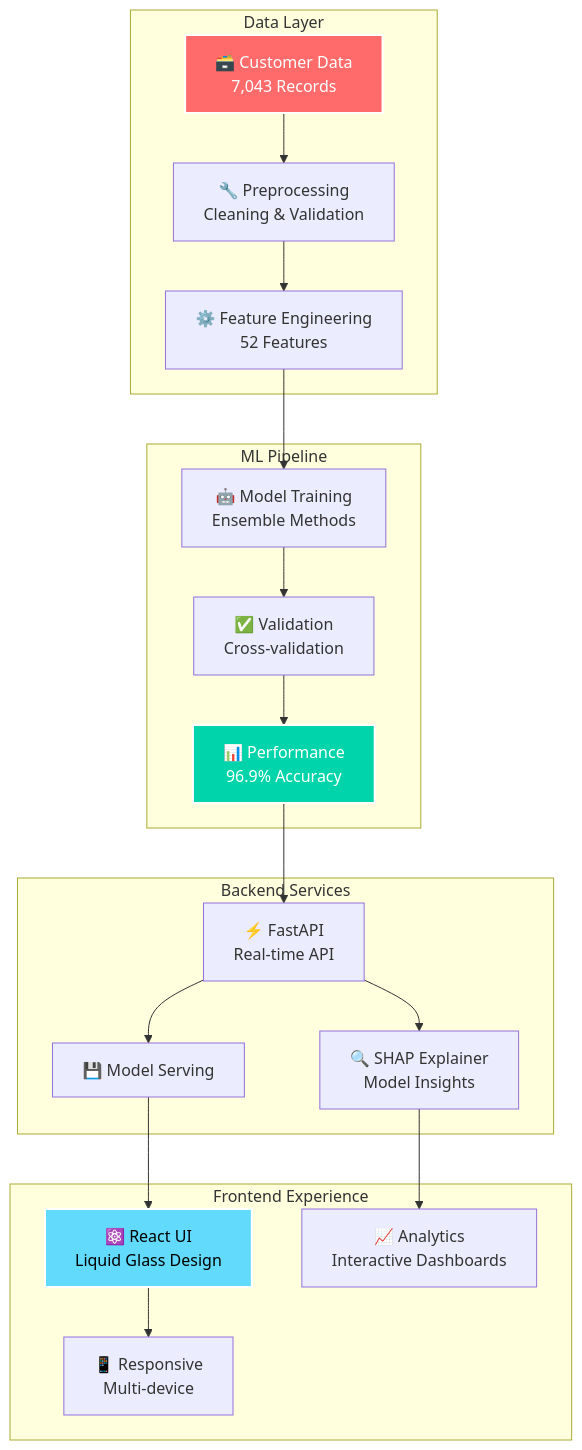
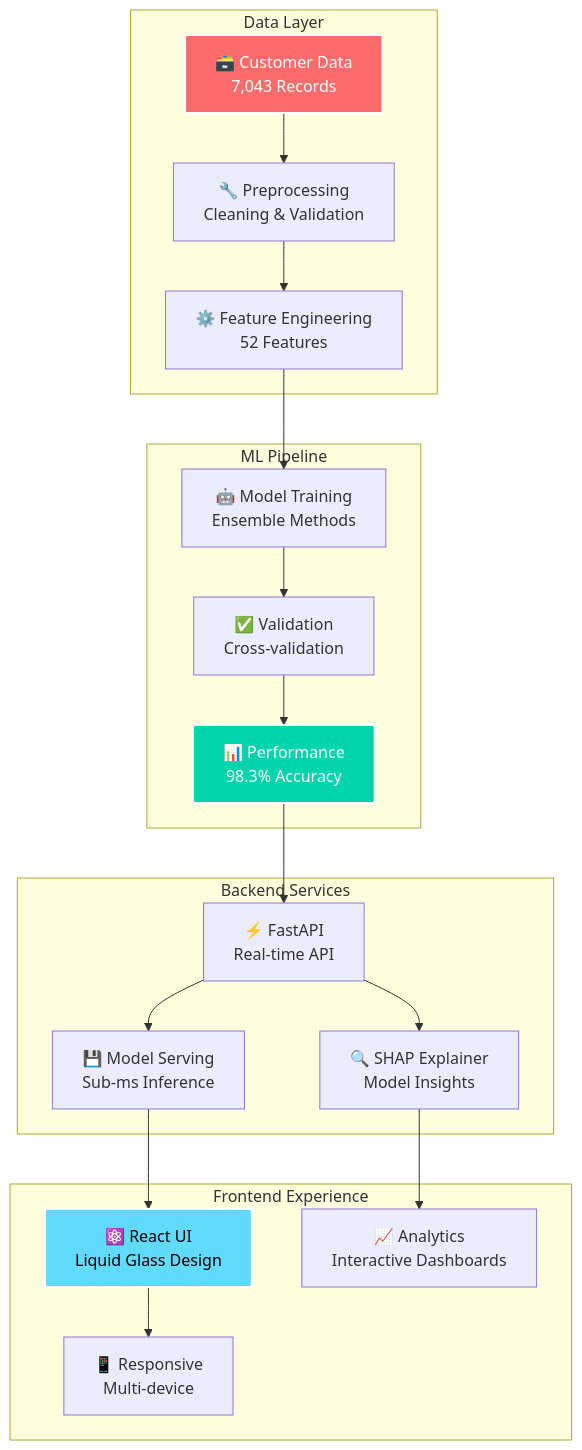
Before and after one commit to S-T-R-A-N-G-E-R/churn_prediction_app: the first of 2 diagrams in README.md, drawn with Mermaid. The commit also changed other lines of this file, not shown here.

````diff
--- a/README.md
+++ b/README.md
@@ -144,29 +147,29 @@
 ```mermaid
 graph TB
     subgraph "Data Layer"
         A[🗃️ Customer Data<br/>7,043 Records] --> B[🔧 Preprocessing<br/>Cleaning & Validation]
         B --> C[⚙️ Feature Engineering<br/>52 Features]
     end
     
     subgraph "ML Pipeline"
         C --> D[🤖 Model Training<br/>Ensemble Methods]
         D --> E[✅ Validation<br/>Cross-validation]
-        E --> F[📊 Performance<br/>96.9% Accuracy]
+        E --> F[📊 Performance<br/>98.3% Accuracy]
     end
     
     subgraph "Backend Services"
         F --> G[⚡ FastAPI<br/>Real-time API]
         G --> H[🔍 SHAP Explainer<br/>Model Insights]
-        G --> I[💾 Model Serving]
+        G --> I[💾 Model Serving<br/>Sub-ms Inference]
     end
     
     subgraph "Frontend Experience"
         I --> J[⚛️ React UI<br/>Liquid Glass Design]
         H --> K[📈 Analytics<br/>Interactive Dashboards]
         J --> L[📱 Responsive<br/>Multi-device]
     end
     
     style A fill:#ff6b6b,stroke:#fff,stroke-width:2px,color:#fff
     style F fill:#00d4aa,stroke:#fff,stroke-width:2px,color:#fff
     style J fill:#61dafb,stroke:#fff,stroke-width:2px,color:#000
 ```
````
